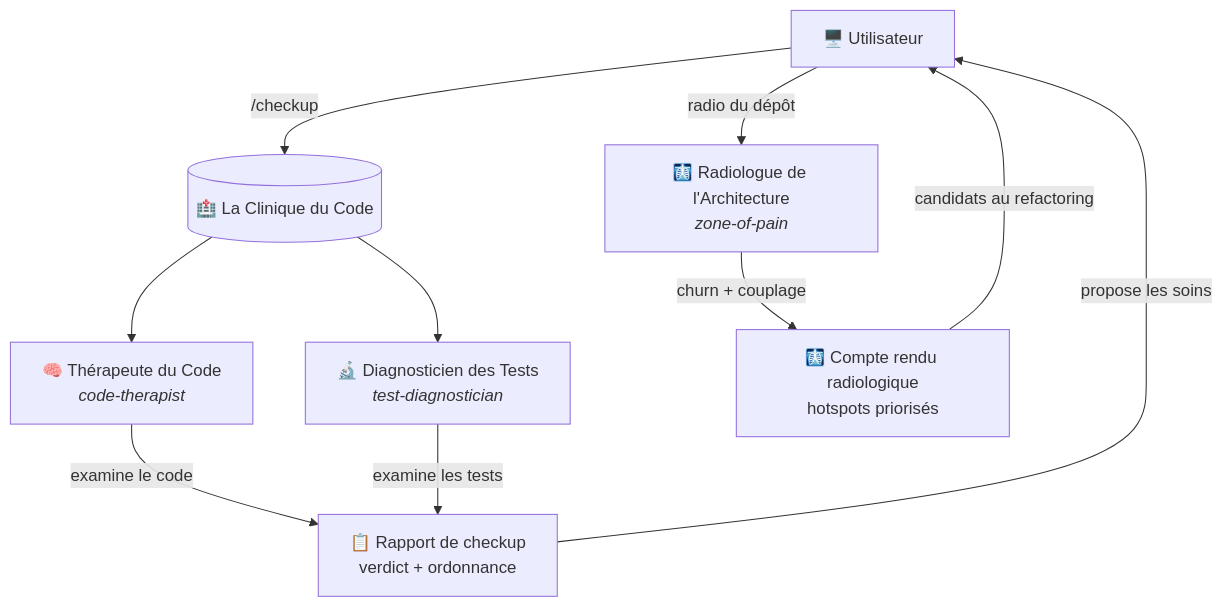
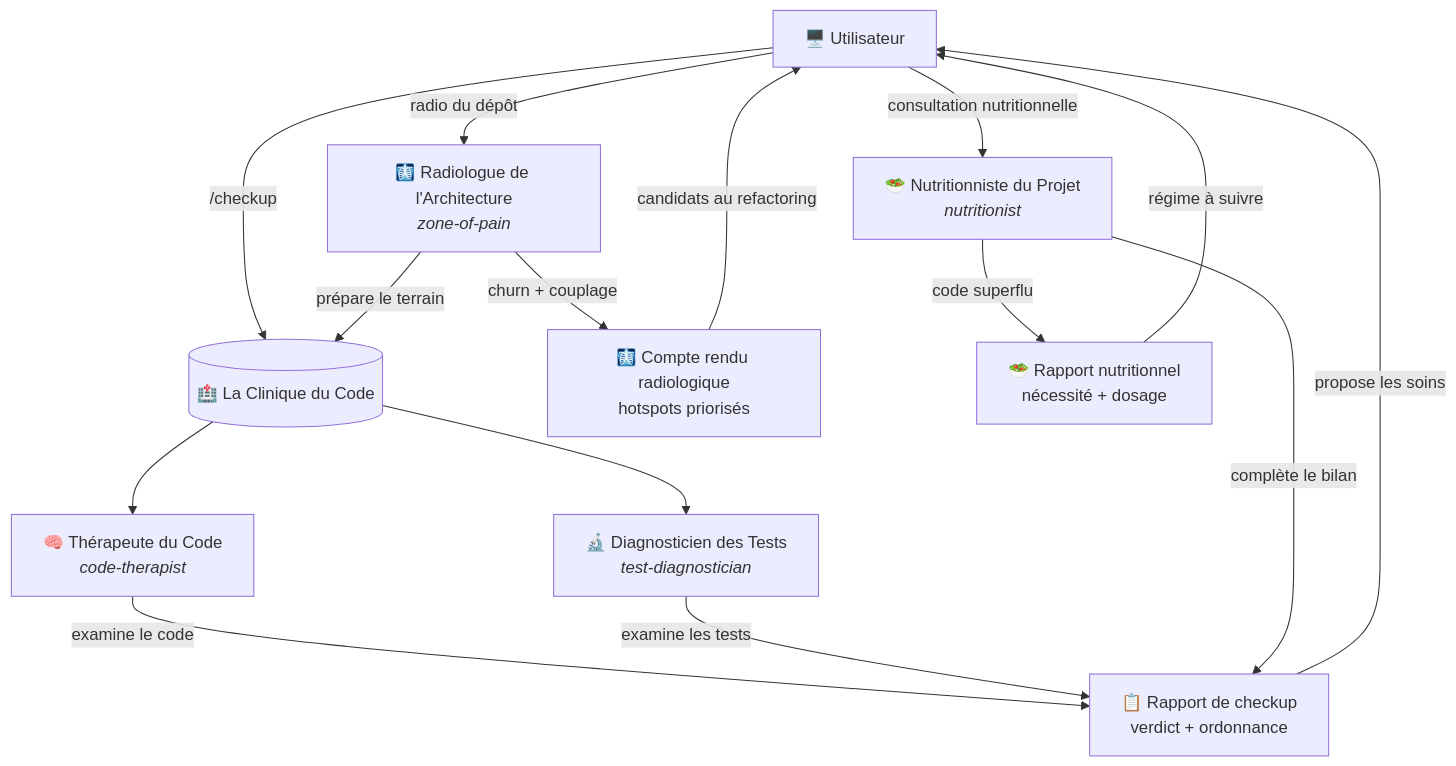
The diagram in README.md (alexandrerodenas/la-clinique-du-code), drawn with Mermaid before and after one commit. The commit also changed other lines of this file and 1 other file, not shown here.

````diff
--- a/README.md
+++ b/README.md
@@ -27,12 +27,17 @@
 ```mermaid
 flowchart TD
     U["🖥️ Utilisateur"] -->|"/checkup"| C[("🏥 La Clinique du Code")]
     C --> T["🧠 Thérapeute du Code<br/><i>code-therapist</i>"]
     C --> D["🔬 Diagnosticien des Tests<br/><i>test-diagnostician</i>"]
     T -->|examine le code| R["📋 Rapport de checkup<br/>verdict + ordonnance"]
     D -->|examine les tests| R
     R -->|propose les soins| U
     U -->|"radio du dépôt"| X["🩻 Radiologue de l'Architecture<br/><i>zone-of-pain</i>"]
+    X -->|"prépare le terrain"| C
     X -->|churn + couplage| M["🩻 Compte rendu radiologique<br/>hotspots priorisés"]
     M -->|candidats au refactoring| U
+    U -->|"consultation nutritionnelle"| N["🥗 Nutritionniste du Projet<br/><i>nutritionist</i>"]
+    N -->|"complète le bilan"| R
+    N -->|"code superflu"| P["🥗 Rapport nutritionnel<br/>nécessité + dosage"]
+    P -->|"régime à suivre"| U
 ```
````
